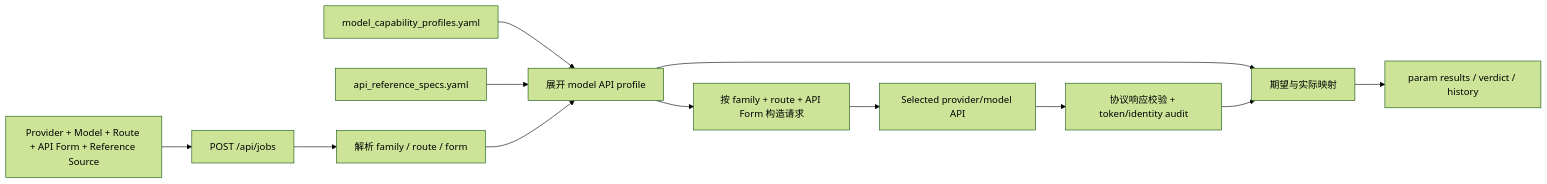
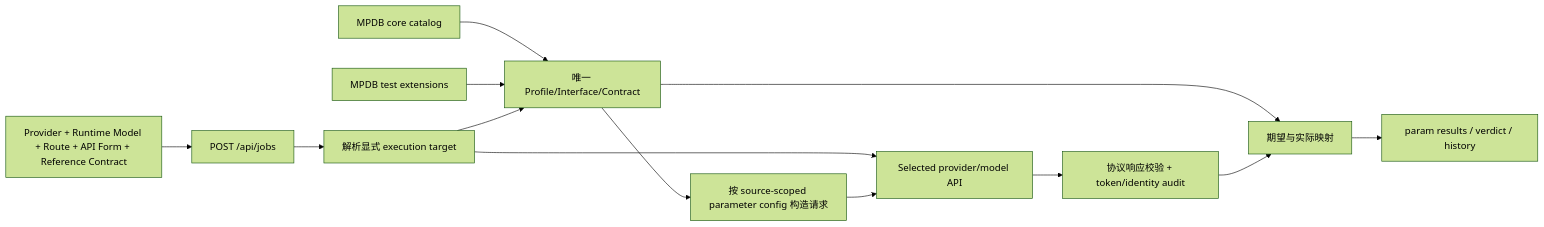
Before and after one commit to zenoWZH/API_param_test_skill: the diagram in app/docs/param_test_architecture.md, drawn with Mermaid (forest theme). The commit also changed other lines of this file and 410 other files, not shown here.

````diff
--- a/app/docs/param_test_architecture.md
+++ b/app/docs/param_test_architecture.md
@@ -134,14 +172,15 @@
 ```mermaid
 flowchart LR
-  UI[Provider + Model + Route + API Form + Reference Source] --> API[POST /api/jobs]
-  API --> ROUTE[解析 family / route / form]
-  CAP[model_capability_profiles.yaml] --> PROFILE[展开 model API profile]
-  SPEC[api_reference_specs.yaml] --> PROFILE
-  ROUTE --> PROFILE
-  PROFILE --> BUILD[按 family + route + API Form 构造请求]
-  BUILD --> TARGET[Selected provider/model API]
-  TARGET --> VALID[协议响应校验 + token/identity audit]
-  PROFILE --> OUTCOME[期望与实际映射]
+  UI[Provider + Runtime Model + Route + API Form + Reference Contract] --> API[POST /api/jobs]
+  API --> TARGET[解析显式 execution target]
+  CORE[MPDB core catalog] --> BIND[唯一 Profile/Interface/Contract]
+  EXT[MPDB test extensions] --> BIND
+  TARGET --> BIND
+  BIND --> BUILD[按 source-scoped parameter config 构造请求]
+  TARGET --> SEND[Selected provider/model API]
+  BUILD --> SEND
+  SEND --> VALID[协议响应校验 + token/identity audit]
+  BIND --> OUTCOME[期望与实际映射]
   VALID --> OUTCOME
   OUTCOME --> RESULT[param results / verdict / history]
 ```
````
